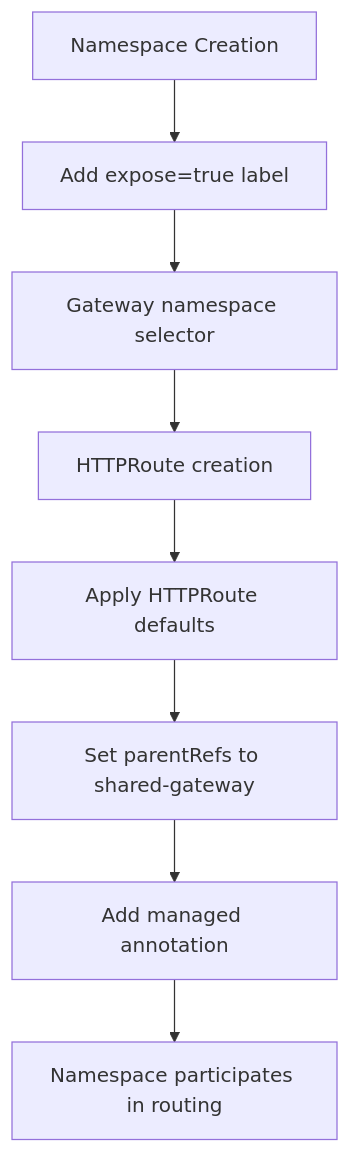
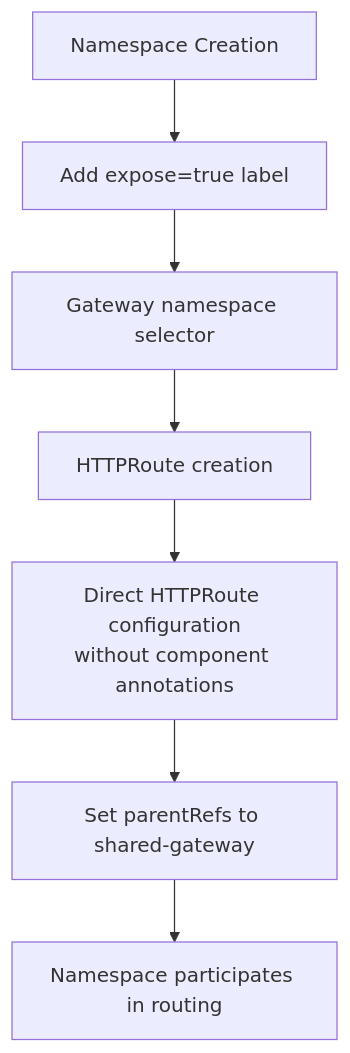
Before and after one commit to Hoangvu75/k8s_manifest: the eighth of 9 diagrams in .qoder/repowiki/en/content/Application Configuration/Namespace Management and Isolation.md, drawn with Mermaid. The commit also changed other lines of this file and 15 other files, not shown here.

````diff
--- a/.qoder/repowiki/en/content/Application Configuration/Namespace Management and Isolation.md
+++ b/.qoder/repowiki/en/content/Application Configuration/Namespace Management and Isolation.md
@@ -340,10 +345,9 @@
 ```mermaid
 flowchart TD
 NS["Namespace Creation"] --> Label["Add expose=true label"]
 Label --> GWSelector["Gateway namespace selector"]
 GWSelector --> Route["HTTPRoute creation"]
-Route --> Defaults["Apply HTTPRoute defaults"]
-Defaults --> ParentRef["Set parentRefs to shared-gateway"]
-ParentRef --> Managed["Add managed annotation"]
-Managed --> Exposed["Namespace participates in routing"]
+Route --> DirectConfig["Direct HTTPRoute configuration<br/>without component annotations"]
+DirectConfig --> ParentRef["Set parentRefs to shared-gateway"]
+ParentRef --> Exposed["Namespace participates in routing"]
 ```
````
